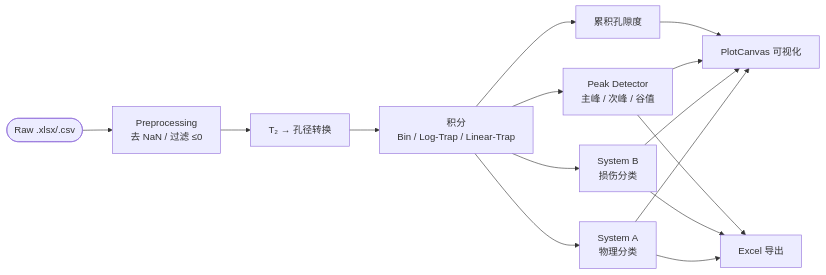
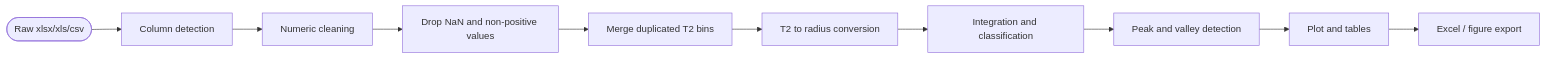
The second of 2 diagrams in README.md (liqinglq666/NMR-Pore-Analyzer), drawn with Mermaid before and after one commit. The commit also changed other lines of this file, not shown here.

````diff
--- a/README.md
+++ b/README.md
@@ -41,12 +106,12 @@
 ```mermaid
 flowchart LR
-    A(["Raw .xlsx/.csv"]) --> B["Preprocessing\n去 NaN / 过滤 ≤0"]
-    B --> C["T₂ → 孔径转换"]
-    C --> D["积分\nBin / Log-Trap / Linear-Trap"]
-    D --> E["System A\n物理分类"]
-    D --> F["System B\n损伤分类"]
-    D --> G["Peak Detector\n主峰 / 次峰 / 谷值"]
-    D --> H["累积孔隙度"]
-    E & F & G & H --> I["PlotCanvas 可视化"]
-    E & F & G --> J["Excel 导出"]
+    A([Raw xlsx/xls/csv]) --> B[Column detection]
+    B --> C[Numeric cleaning]
+    C --> D[Drop NaN and non-positive values]
+    D --> E[Merge duplicated T2 bins]
+    E --> F[T2 to radius conversion]
+    F --> G[Integration and classification]
+    G --> H[Peak and valley detection]
+    H --> I[Plot and tables]
+    I --> J[Excel / figure export]
 ```
````
